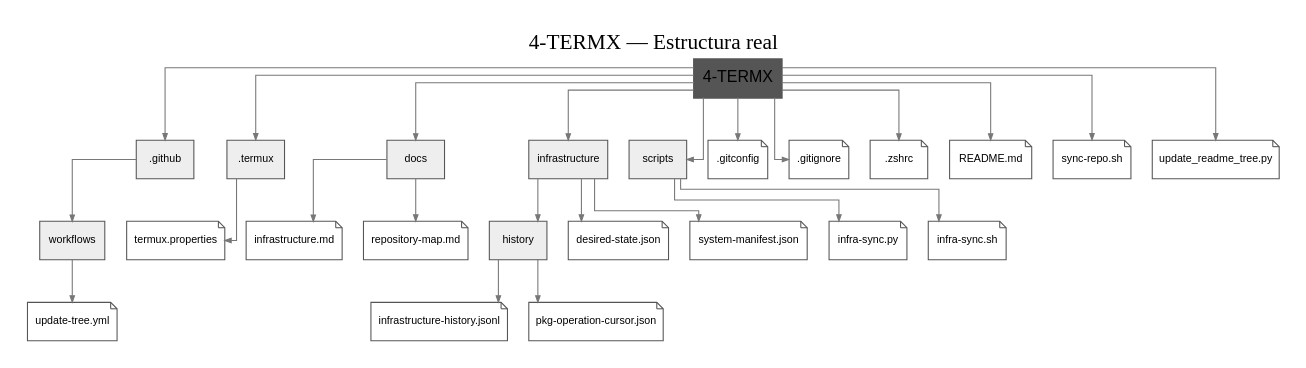
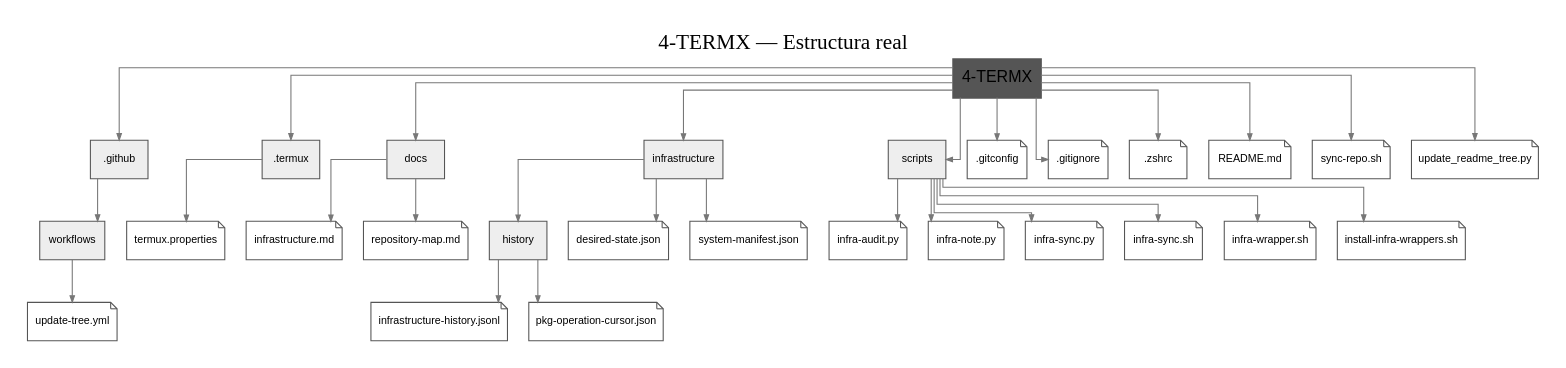
One commit to benstellasanti/4-TERMX changed the diagram in docs/repository-structure.dot. Above: the diagram before and after it, drawn with Graphviz. The commit also changed 3 other files, not shown here.

```diff
--- a/docs/repository-structure.dot
+++ b/docs/repository-structure.dot
@@ -1,52 +1,60 @@
 digraph RepositoryStructure {
   graph [rankdir=TB, bgcolor="white", pad="0.25", nodesep="0.28", ranksep="0.55", splines=ortho, label="4-TERMX — Estructura real", labelloc=t, fontsize=20];
   node [fontname="Arial", fontsize=10, style="filled", color="#555555"];
   edge [color="#777777", arrowsize=0.6];
   root [label="4-TERMX", shape=box, style="filled,bold", fontsize=15];
   n__github [label=".github", shape=box, fillcolor="#eeeeee"];
   n__termux [label=".termux", shape=box, fillcolor="#eeeeee"];
   n_docs [label="docs", shape=box, fillcolor="#eeeeee"];
   n_infrastructure [label="infrastructure", shape=box, fillcolor="#eeeeee"];
   n_scripts [label="scripts", shape=box, fillcolor="#eeeeee"];
   n__github_workflows [label="workflows", shape=box, fillcolor="#eeeeee"];
   n_infrastructure_history [label="history", shape=box, fillcolor="#eeeeee"];
   n__gitconfig [label=".gitconfig", shape=note, fillcolor="white"];
   root -> n__gitconfig;
   n__github_workflows_update_tree_yml [label="update-tree.yml", shape=note, fillcolor="white"];
   n__github_workflows -> n__github_workflows_update_tree_yml;
   n__gitignore [label=".gitignore", shape=note, fillcolor="white"];
   root -> n__gitignore;
   n__termux_termux_properties [label="termux.properties", shape=note, fillcolor="white"];
   n__termux -> n__termux_termux_properties;
   n__zshrc [label=".zshrc", shape=note, fillcolor="white"];
   root -> n__zshrc;
   n_README_md [label="README.md", shape=note, fillcolor="white"];
   root -> n_README_md;
   n_docs_infrastructure_md [label="infrastructure.md", shape=note, fillcolor="white"];
   n_docs -> n_docs_infrastructure_md;
   n_docs_repository_map_md [label="repository-map.md", shape=note, fillcolor="white"];
   n_docs -> n_docs_repository_map_md;
   n_infrastructure_desired_state_json [label="desired-state.json", shape=note, fillcolor="white"];
   n_infrastructure -> n_infrastructure_desired_state_json;
   n_infrastructure_history_infrastructure_history_jsonl [label="infrastructure-history.jsonl", shape=note, fillcolor="white"];
   n_infrastructure_history -> n_infrastructure_history_infrastructure_history_jsonl;
   n_infrastructure_history_pkg_operation_cursor_json [label="pkg-operation-cursor.json", shape=note, fillcolor="white"];
   n_infrastructure_history -> n_infrastructure_history_pkg_operation_cursor_json;
   n_infrastructure_system_manifest_json [label="system-manifest.json", shape=note, fillcolor="white"];
   n_infrastructure -> n_infrastructure_system_manifest_json;
+  n_scripts_infra_audit_py [label="infra-audit.py", shape=note, fillcolor="white"];
+  n_scripts -> n_scripts_infra_audit_py;
+  n_scripts_infra_note_py [label="infra-note.py", shape=note, fillcolor="white"];
+  n_scripts -> n_scripts_infra_note_py;
   n_scripts_infra_sync_py [label="infra-sync.py", shape=note, fillcolor="white"];
   n_scripts -> n_scripts_infra_sync_py;
   n_scripts_infra_sync_sh [label="infra-sync.sh", shape=note, fillcolor="white"];
   n_scripts -> n_scripts_infra_sync_sh;
+  n_scripts_infra_wrapper_sh [label="infra-wrapper.sh", shape=note, fillcolor="white"];
+  n_scripts -> n_scripts_infra_wrapper_sh;
+  n_scripts_install_infra_wrappers_sh [label="install-infra-wrappers.sh", shape=note, fillcolor="white"];
+  n_scripts -> n_scripts_install_infra_wrappers_sh;
   n_sync_repo_sh [label="sync-repo.sh", shape=note, fillcolor="white"];
   root -> n_sync_repo_sh;
   n_update_readme_tree_py [label="update_readme_tree.py", shape=note, fillcolor="white"];
   root -> n_update_readme_tree_py;
   root -> n__github;
   root -> n__termux;
   root -> n_docs;
   root -> n_infrastructure;
   root -> n_scripts;
   n__github -> n__github_workflows;
   n_infrastructure -> n_infrastructure_history;
 }
```
